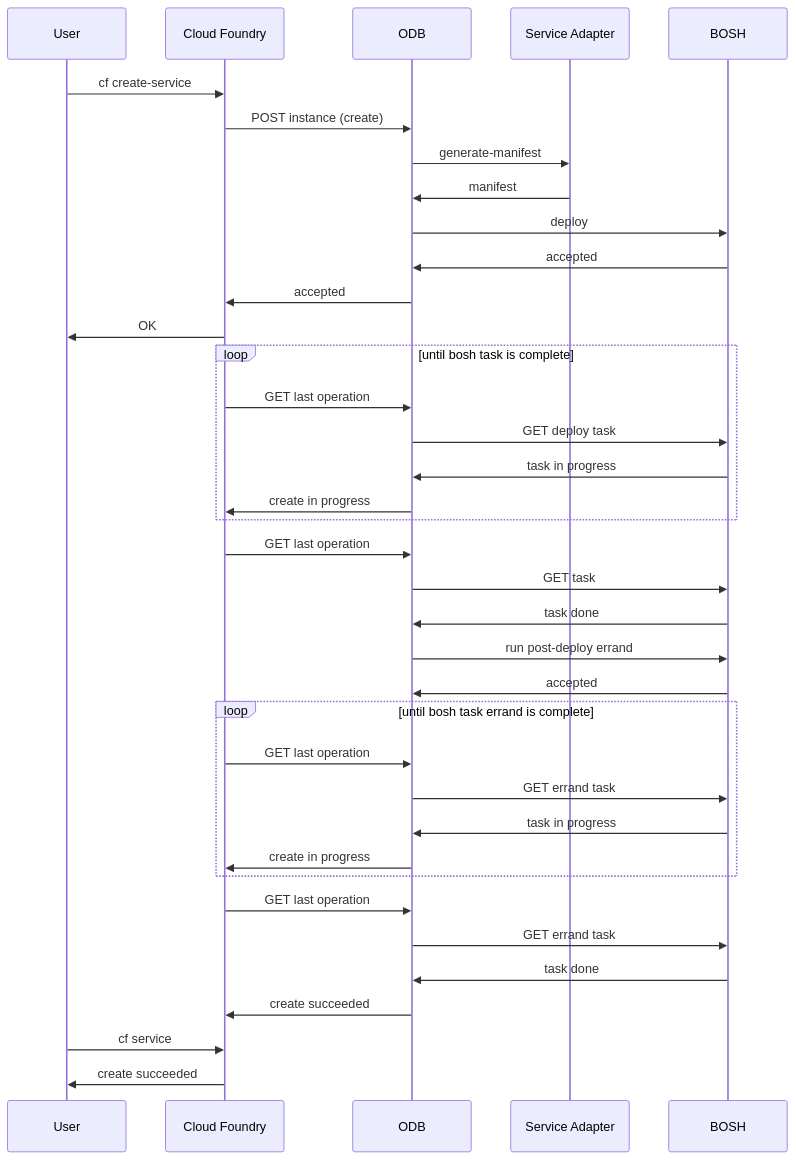
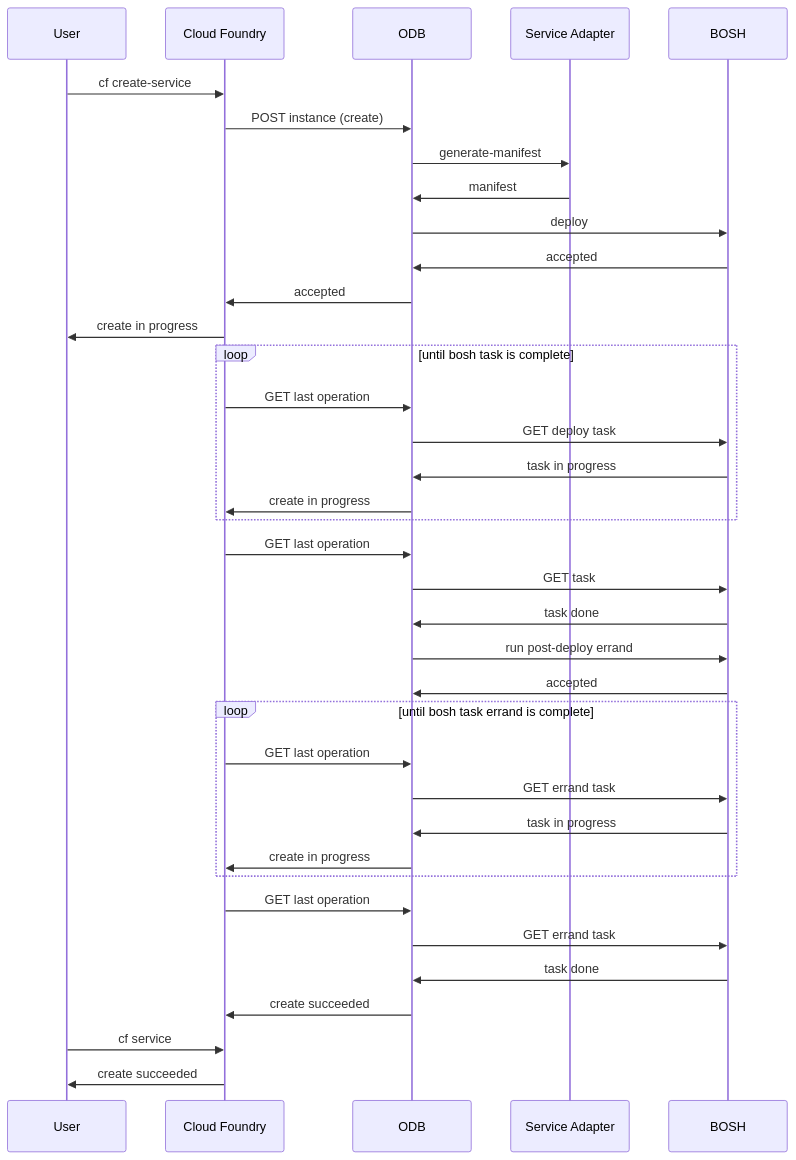
Before and after one commit to pivotal-cf/docs-on-demand-service-broker: the diagram in mmd/create_post_deploy_workflow.mmd, drawn with Mermaid. The commit also changed 5 other files, not shown here.

First line of the commit message:
Improve sequence diagrams

```diff
--- a/mmd/create_post_deploy_workflow.mmd
+++ b/mmd/create_post_deploy_workflow.mmd
@@ -1,34 +1,34 @@
 <div class="mermaid">
 sequenceDiagram
   User->> Cloud Foundry: cf create-service
   Cloud Foundry->> ODB: POST instance (create)
   ODB->>Service Adapter: generate-manifest
   Service Adapter->>ODB: manifest
   ODB->>BOSH: deploy
   BOSH->>ODB: accepted
   ODB->>Cloud Foundry: accepted
-  Cloud Foundry->>User: OK
+  Cloud Foundry->>User: create in progress
   loop until bosh task is complete
     Cloud Foundry->>ODB: GET last operation
     ODB->>BOSH: GET deploy task
     BOSH->>ODB: task in progress
     ODB->>Cloud Foundry: create in progress
   end
   Cloud Foundry->>ODB: GET last operation
   ODB->>BOSH: GET task
   BOSH->>ODB: task done
   ODB->>BOSH: run post-deploy errand
   BOSH->>ODB: accepted
   loop until bosh task errand is complete
     Cloud Foundry->>ODB:GET last operation
     ODB->>BOSH:GET errand task
     BOSH->>ODB:task in progress
     ODB->>Cloud Foundry:create in progress
   end
   Cloud Foundry->>ODB:GET last operation
   ODB->>BOSH:GET errand task
   BOSH->>ODB:task done
   ODB->>Cloud Foundry:create succeeded
   User->>Cloud Foundry:cf service
   Cloud Foundry->>User: create succeeded
 </div>
```
